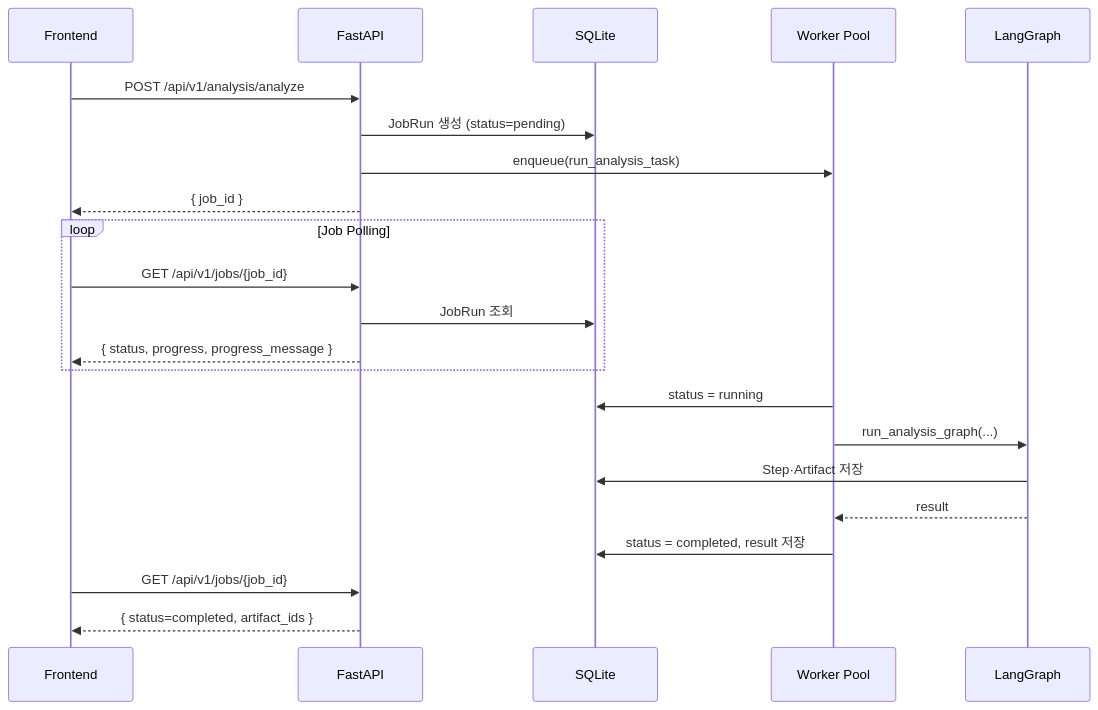
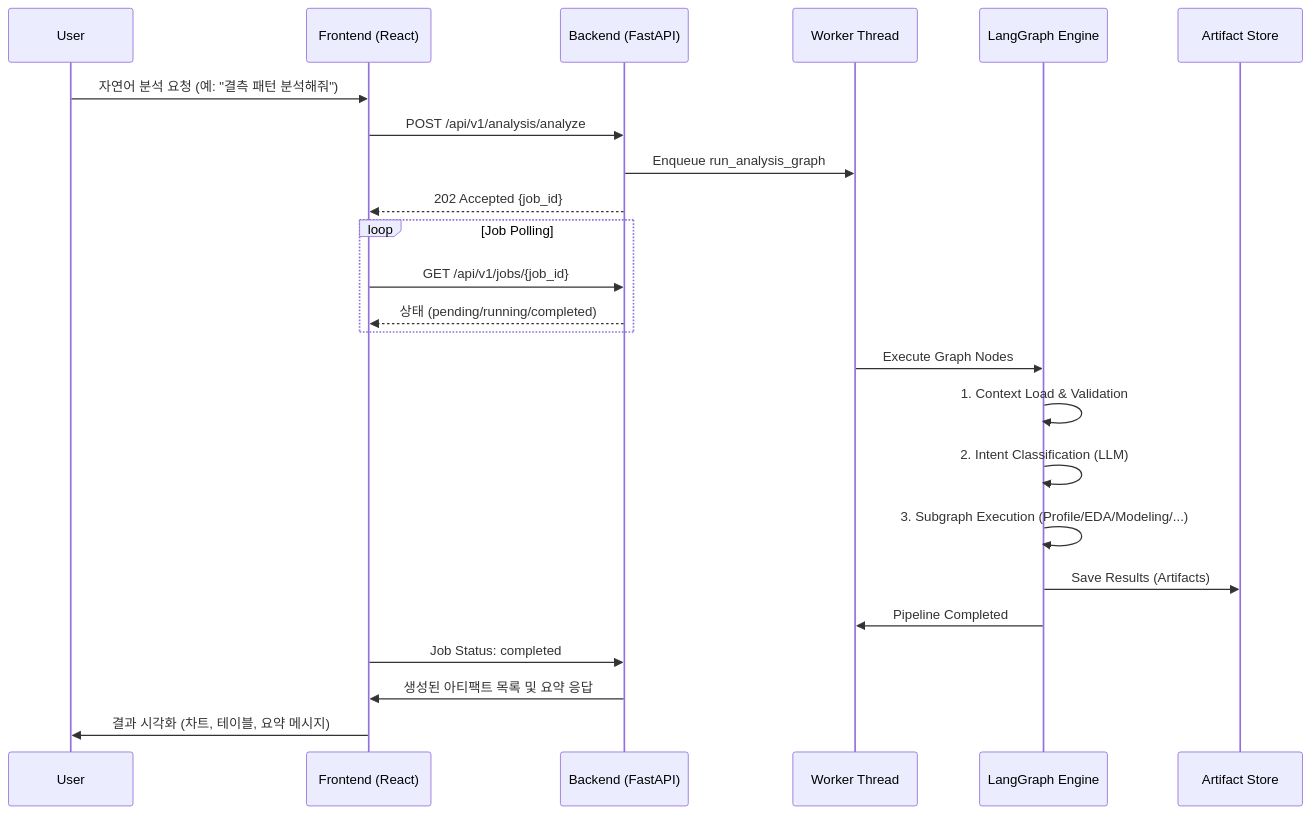
The second of 2 diagrams in README.md (DusunHwang/Data_LG), drawn with Mermaid before and after one commit. The commit also changed other lines of this file, not shown here.

````diff
--- a/README.md
+++ b/README.md
@@ -245,28 +62,30 @@
 ```mermaid
 sequenceDiagram
-    participant FE as Frontend
-    participant API as FastAPI
-    participant DB as SQLite
-    participant WQ as Worker Pool
-    participant LG as LangGraph
+    participant User
+    participant UI as Frontend (React)
+    participant API as Backend (FastAPI)
+    participant Worker as Worker Thread
+    participant LG as LangGraph Engine
+    participant FS as Artifact Store
 
-    FE->>API: POST /api/v1/analysis/analyze
-    API->>DB: JobRun 생성 (status=pending)
-    API->>WQ: enqueue(run_analysis_task)
-    API-->>FE: { job_id }
-
+    User->>UI: 자연어 분석 요청 (예: "결측 패턴 분석해줘")
+    UI->>API: POST /api/v1/analysis/analyze
+    API->>Worker: Enqueue run_analysis_graph
+    API-->>UI: 202 Accepted {job_id}
+    
     loop Job Polling
-        FE->>API: GET /api/v1/jobs/{job_id}
-        API->>DB: JobRun 조회
-        API-->>FE: { status, progress, progress_message }
+        UI->>API: GET /api/v1/jobs/{job_id}
+        API-->>UI: 상태 (pending/running/completed)
     end
 
-    WQ->>DB: status = running
-    WQ->>LG: run_analysis_graph(...)
-    LG->>DB: Step·Artifact 저장
-    LG-->>WQ: result
+    Worker->>LG: Execute Graph Nodes
+    LG->>LG: 1. Context Load & Validation
+    LG->>LG: 2. Intent Classification (LLM)
+    LG->>LG: 3. Subgraph Execution (Profile/EDA/Modeling/...)
+    LG->>FS: Save Results (Artifacts)
+    LG->>Worker: Pipeline Completed
 
-    WQ->>DB: status = completed, result 저장
-    FE->>API: GET /api/v1/jobs/{job_id}
-    API-->>FE: { status=completed, artifact_ids }
+    UI->>API: Job Status: completed
+    API->>UI: 생성된 아티팩트 목록 및 요약 응답
+    UI->>User: 결과 시각화 (차트, 테이블, 요약 메시지)
 ```
````
